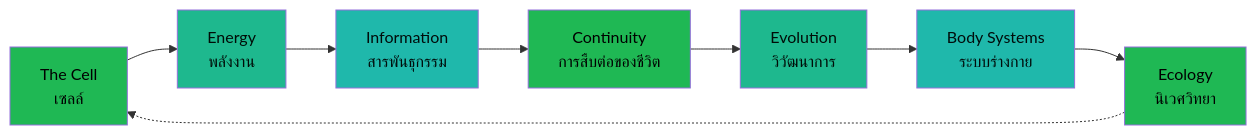
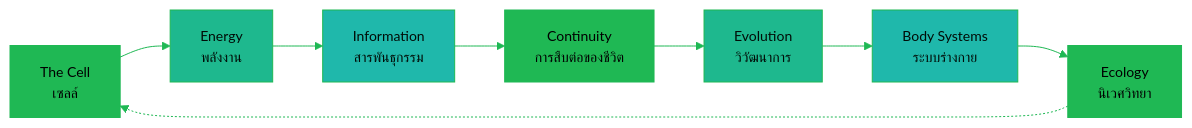
One commit to oat431/general-knowledge changed the diagram in Science/Cheat_Sheet/03_Biology_Life_and_Evolution.md. Above: the diagram before and after it, drawn with Mermaid. The commit also changed other lines of this file and 113 other files, not shown here.

````diff
--- a/Science/Cheat_Sheet/03_Biology_Life_and_Evolution.md
+++ b/Science/Cheat_Sheet/03_Biology_Life_and_Evolution.md
@@ -26,18 +26,19 @@
 ```mermaid
+%%{init: {'theme':'base','themeVariables':{'primaryColor':'#19362D','primaryTextColor':'#CDD3D1','primaryBorderColor':'#1FB854','lineColor':'#1FB854','background':'#1B1717','mainBkg':'#19362D','clusterBkg':'#161212','edgeLabelBackground':'#161212','titleColor':'#1FB854','fontSize':'14px'}}}%%
 flowchart LR
     CELL["The Cell<br/>เซลล์"] --> ENERGY["Energy<br/>พลังงาน"]
     ENERGY --> INFO["Information<br/>สารพันธุกรรม"]
     INFO --> CONT["Continuity<br/>การสืบต่อของชีวิต"]
     CONT --> DIVER["Evolution<br/>วิวัฒนาการ"]
     DIVER --> BODY["Body Systems<br/>ระบบร่างกาย"]
     BODY --> ECO["Ecology<br/>นิเวศวิทยา"]
     ECO -.-> CELL
 
     style CELL fill:#1FB854,color:#000000
     style ENERGY fill:#1EB88E,color:#000C07
-    style INFO fill:#1FB8AB,color:#010C0B
+    style INFO fill:#1FB8AB,color:#000C07
     style CONT fill:#1FB854,color:#000000
     style DIVER fill:#1EB88E,color:#000C07
-    style BODY fill:#1FB8AB,color:#010C0B
+    style BODY fill:#1FB8AB,color:#000C07
     style ECO fill:#1FB854,color:#000000
 ```
````
